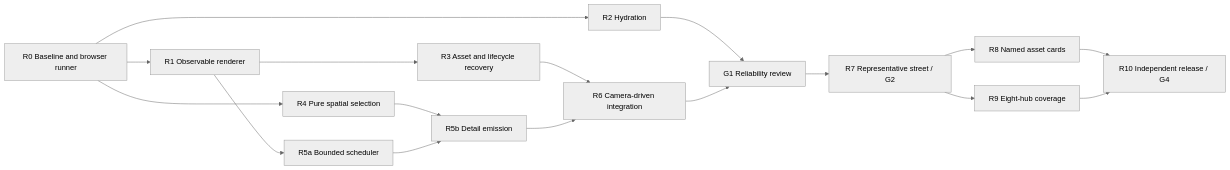
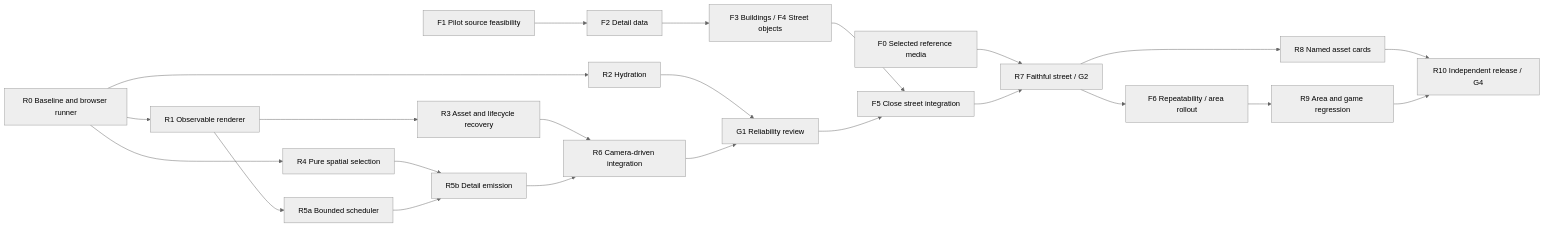
One commit to newbie1668/runway-startup-game changed the diagram in docs/superpowers/plans/2026-09-05-runway-recovery.md. Above: the diagram before and after it, drawn with Mermaid (neutral theme). The commit also changed other lines of this file and 11 other files, not shown here.

````diff
--- a/docs/superpowers/plans/2026-09-05-runway-recovery.md
+++ b/docs/superpowers/plans/2026-09-05-runway-recovery.md
@@ -26,19 +26,25 @@
 ```mermaid
 flowchart LR
   R0[R0 Baseline and browser runner] --> R1[R1 Observable renderer]
   R0 --> R2[R2 Hydration]
   R0 --> R4[R4 Pure spatial selection]
   R1 --> R3[R3 Asset and lifecycle recovery]
   R1 --> R5a[R5a Bounded scheduler]
   R4 --> R5b[R5b Detail emission]
   R5a --> R5b
   R3 --> R6[R6 Camera-driven integration]
   R5b --> R6
   R2 --> G1[G1 Reliability review]
   R6 --> G1
-  G1 --> R7[R7 Representative street / G2]
+  F0[F0 Selected reference media] --> R7
+  F1[F1 Pilot source feasibility] --> F2[F2 Detail data]
+  F2 --> F34[F3 Buildings / F4 Street objects]
+  F34 --> F5[F5 Close street integration]
+  G1 --> F5
+  F5 --> R7[R7 Faithful street / G2]
   R7 --> R8[R8 Named asset cards]
-  R7 --> R9[R9 Eight-hub coverage]
+  R7 --> F6[F6 Repeatability / area rollout]
+  F6 --> R9[R9 Area and game regression]
   R8 --> R10[R10 Independent release / G4]
   R9 --> R10
 ```
````
